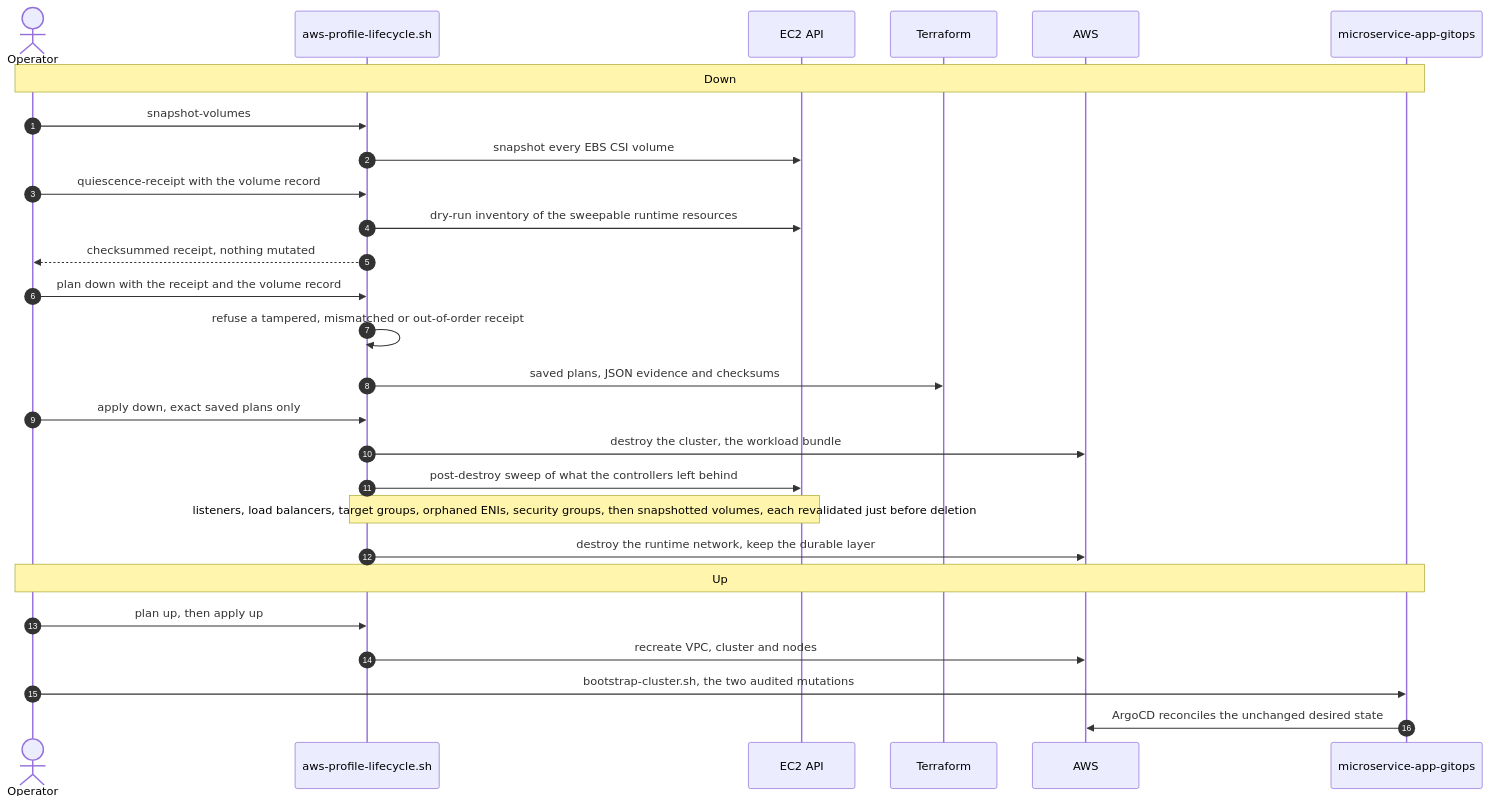
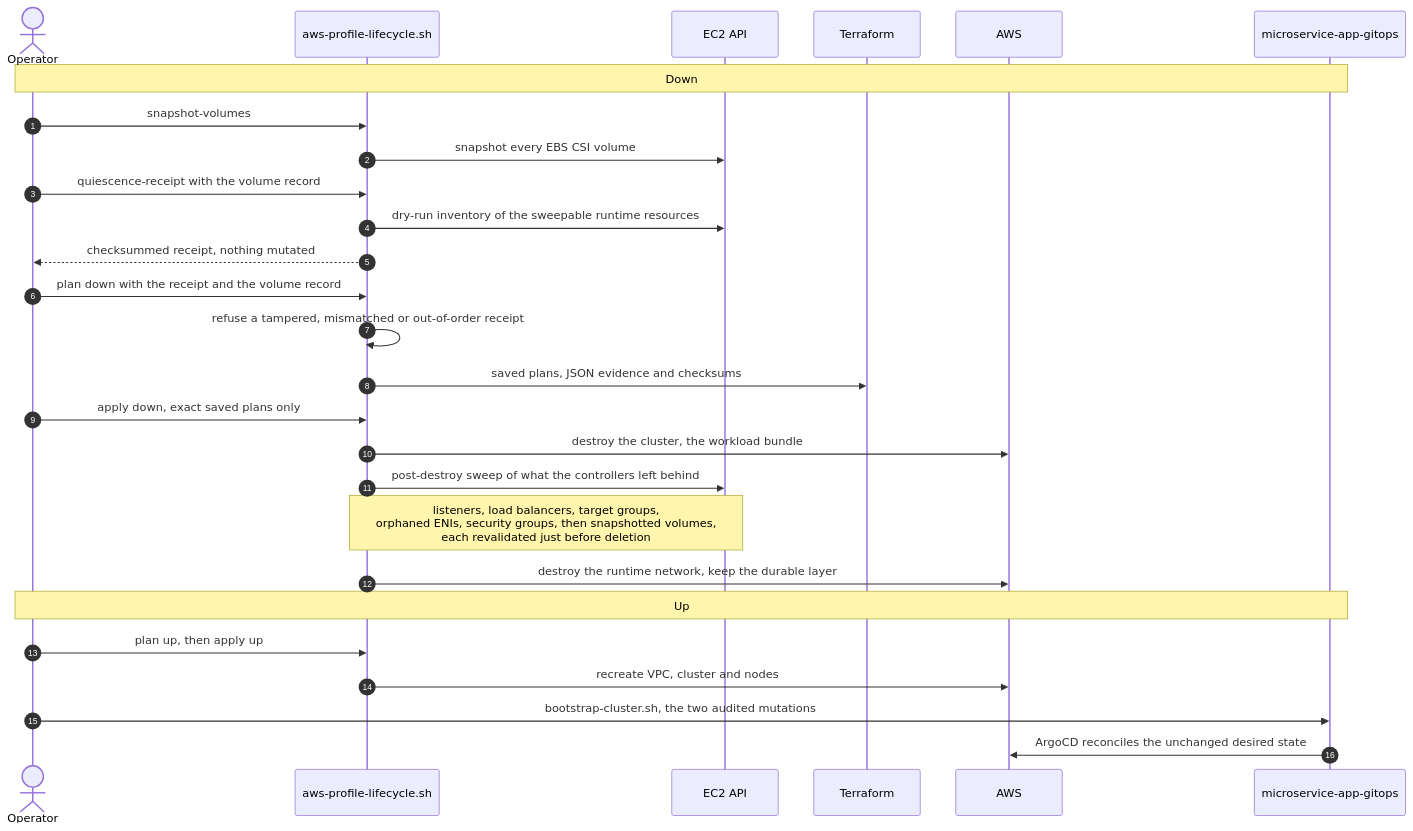
The fifth of 6 diagrams in docs/Sequence diagrams.md (MicroTodoSuite/microservice-app-docs), drawn with Mermaid before and after one commit. The commit also changed other lines of this file and 2 other files, not shown here.

First paragraph of the commit message:
docs(diagrams): fix the mermaid diagrams that did not render well (#62)
## What changes

````diff
--- a/docs/Sequence diagrams.md
+++ b/docs/Sequence diagrams.md
@@ -133,30 +133,30 @@
 ```mermaid
 sequenceDiagram
     autonumber
     actor Op as Operator
     participant LC as aws-profile-lifecycle.sh
     participant EC2 as EC2 API
     participant TF as Terraform
     participant AWS as AWS
     participant GO as microservice-app-gitops
 
     Note over Op,GO: Down
     Op->>LC: snapshot-volumes
     LC->>EC2: snapshot every EBS CSI volume
     Op->>LC: quiescence-receipt with the volume record
     LC->>EC2: dry-run inventory of the sweepable runtime resources
     LC-->>Op: checksummed receipt, nothing mutated
     Op->>LC: plan down with the receipt and the volume record
     LC->>LC: refuse a tampered, mismatched or out-of-order receipt
     LC->>TF: saved plans, JSON evidence and checksums
     Op->>LC: apply down, exact saved plans only
     LC->>AWS: destroy the cluster, the workload bundle
     LC->>EC2: post-destroy sweep of what the controllers left behind
-    Note over LC,EC2: listeners, load balancers, target groups, orphaned ENIs, security groups, then snapshotted volumes, each revalidated just before deletion
+    Note over LC,EC2: listeners, load balancers, target groups,<br/>orphaned ENIs, security groups, then snapshotted volumes,<br/>each revalidated just before deletion
     LC->>AWS: destroy the runtime network, keep the durable layer
     Note over Op,GO: Up
     Op->>LC: plan up, then apply up
     LC->>AWS: recreate VPC, cluster and nodes
     Op->>GO: bootstrap-cluster.sh, the two audited mutations
     GO->>AWS: ArgoCD reconciles the unchanged desired state
 ```
````
